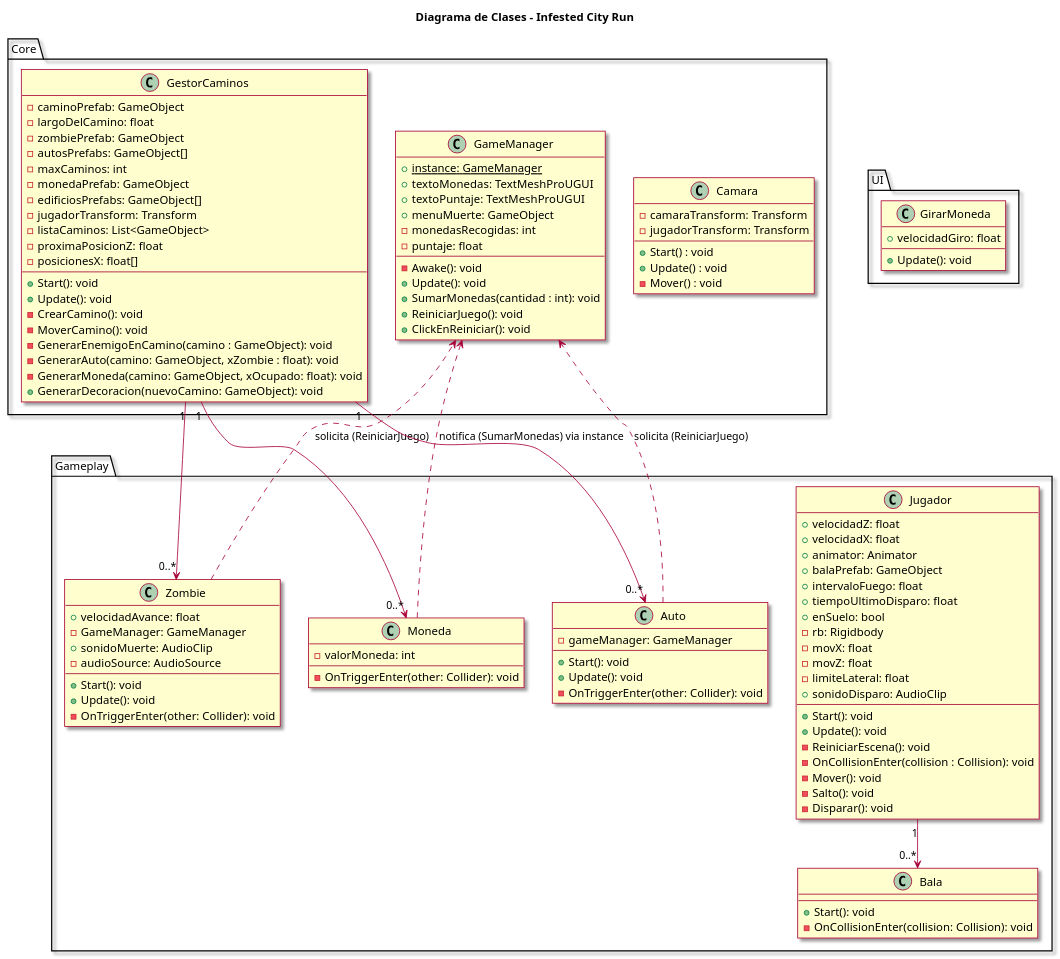
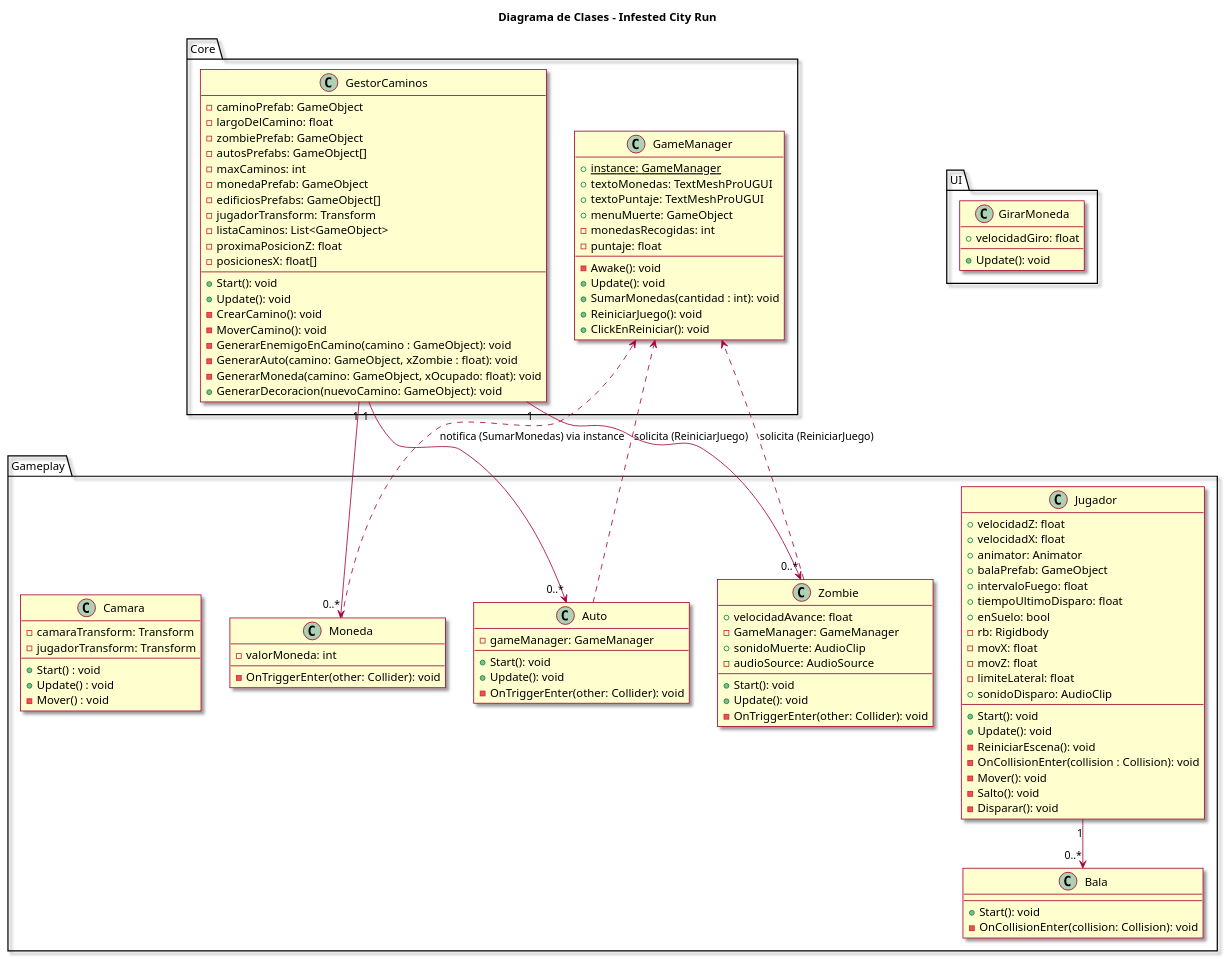
One commit to Haddock14/Taller2_InfestedCity changed the diagram in Diagramas/DiagramaClases.puml. Above: the diagram before and after it, drawn with PlantUML.

Commit message:
fix: Actualizacion del diagrama

```diff
--- a/Diagramas/DiagramaClases.puml
+++ b/Diagramas/DiagramaClases.puml
@@ -1,124 +1,124 @@
 @startuml DiagramaClases
 title Diagrama de Clases - Infested City Run
 
 skin rose
 
 package "Core" {
-  class Camara {
-    - camaraTransform: Transform
-    - jugadorTransform: Transform
-    + Start() : void
-    + Update() : void
-    - Mover() : void
-  }
 
   class GameManager {
     + {static} instance: GameManager
     + textoMonedas: TextMeshProUGUI
     + textoPuntaje: TextMeshProUGUI
     + menuMuerte: GameObject
     - monedasRecogidas: int
     - puntaje: float
     - Awake(): void
     + Update(): void
     + SumarMonedas(cantidad : int): void
     + ReiniciarJuego(): void
     + ClickEnReiniciar(): void
   }
 
   class GestorCaminos {
     - caminoPrefab: GameObject
     - largoDelCamino: float
     - zombiePrefab: GameObject
     - autosPrefabs: GameObject[]
     - maxCaminos: int
     - monedaPrefab: GameObject
     - edificiosPrefabs: GameObject[]
     - jugadorTransform: Transform
     - listaCaminos: List<GameObject>
     - proximaPosicionZ: float
     - posicionesX: float[]
     + Start(): void
     + Update(): void
     - CrearCamino(): void
     - MoverCamino(): void
     - GenerarEnemigoEnCamino(camino : GameObject): void
     - GenerarAuto(camino: GameObject, xZombie : float): void
     - GenerarMoneda(camino: GameObject, xOcupado: float): void
     + GenerarDecoracion(nuevoCamino: GameObject): void
   }
 }
 
 package "Gameplay" {
   class Jugador {
     + velocidadZ: float
     + velocidadX: float
     + animator: Animator
     + balaPrefab: GameObject
     + intervaloFuego: float
     + tiempoUltimoDisparo: float
     + enSuelo: bool
     - rb: Rigidbody
     - movX: float
     - movZ: float
     - limiteLateral: float
     + sonidoDisparo: AudioClip
     + Start(): void
     + Update(): void
     - ReiniciarEscena(): void
     - OnCollisionEnter(collision : Collision): void
     - Mover(): void
     - Salto(): void
     - Disparar(): void
   }
 
   class Auto {
     - gameManager: GameManager
     + Start(): void
     + Update(): void
     - OnTriggerEnter(other: Collider): void
   }
 
   class Zombie {
     + velocidadAvance: float
     - GameManager: GameManager
     + sonidoMuerte: AudioClip
     - audioSource: AudioSource
     + Start(): void
     + Update(): void
     - OnTriggerEnter(other: Collider): void
   }
 
   class Moneda {
     - valorMoneda: int
     - OnTriggerEnter(other: Collider): void
   }
 
   class Bala {
     + Start(): void
     - OnCollisionEnter(collision: Collision): void
   }
-
+  
+  class Camara {
+    - camaraTransform: Transform
+    - jugadorTransform: Transform
+    + Start() : void
+    + Update() : void
+    - Mover() : void
+  }
 
 }
 
 package "UI" {
   class GirarMoneda {
     + velocidadGiro: float
     + Update(): void
   }
 
 }
 
 ' Relaciones
 Moneda ..> GameManager: notifica (SumarMonedas) via instance
 Auto ..> GameManager: solicita (ReiniciarJuego)
 Zombie ..> GameManager: solicita (ReiniciarJuego)
 
 GestorCaminos "1" --> "0..*" Zombie
 GestorCaminos "1" --> "0..*" Auto
 GestorCaminos "1" --> "0..*" Moneda
 
 Jugador "1" --> "0..*" Bala
 
 @enduml
```
